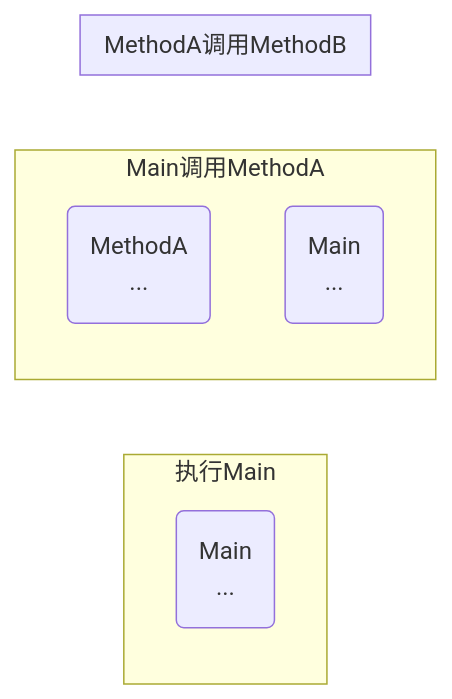
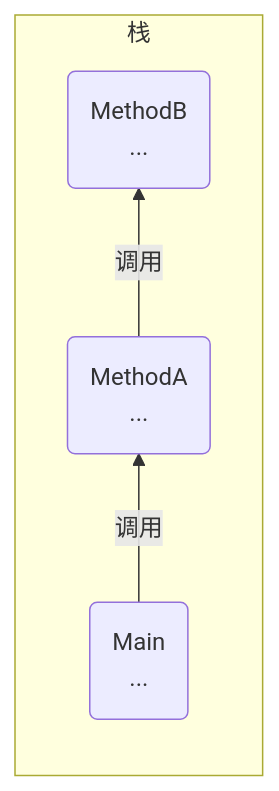
Before and after one commit to zhubo-GameDevJourney/CSharpLearning: the ninth of 11 diagrams in 4.第六章方法/第六章 方法.md, drawn with Mermaid. The commit also changed other lines of this file, not shown here.

````diff
--- a/4.第六章方法/第六章 方法.md
+++ b/4.第六章方法/第六章 方法.md
@@ -929,29 +958,22 @@
 ```mermaid
-graph LR
-subgraph A[执行Main]
-Main1(
-Main
-...
-)
+graph TD
+
+subgraph 栈
+	direction BT
+	MethodB(
+		MethodB
+		...
+	)
+
+	MethodA(
+		MethodA
+		...)
+
+	Main(
+		Main
+		...
+		)
 end
 
-subgraph B[Main调用MethodA]
-	direction TB
-	MethodA
-	Main2(Main)
-	
-end
-
-subgraph C[MethodA调用MethodB]
-MethodA(
-MethodA
-...
-)
-
-Main2(
-Main
-...
-)
-end
-
+Main -->|调用| MethodA -->|调用| MethodB
 ```
````
